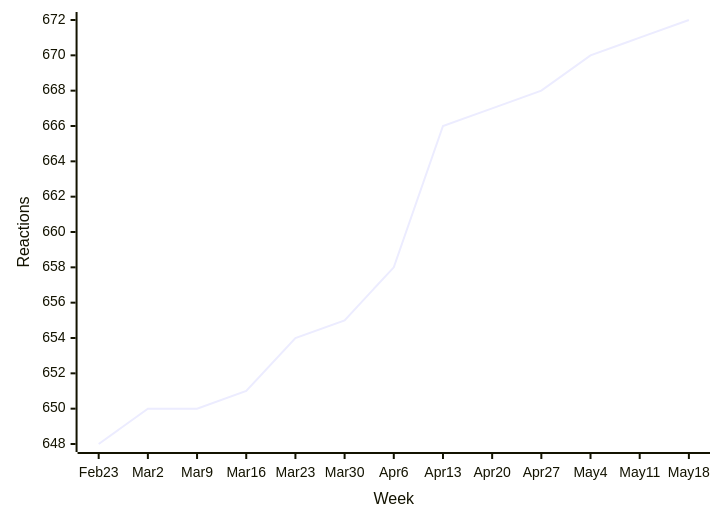
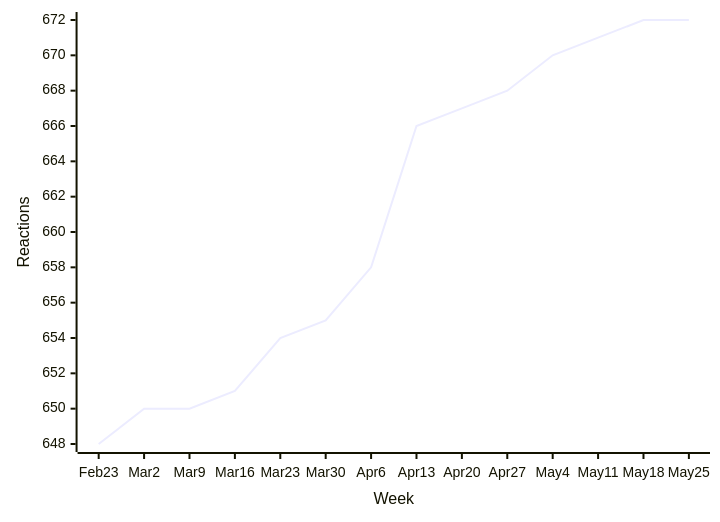
The fourth of 49 diagrams in README.md (loic-sharma/github-insights), drawn with Mermaid before and after one commit. The commit also changed other lines of this file and 3 other files, not shown here.

````diff
--- a/README.md
+++ b/README.md
@@ -390,6 +390,6 @@
   ```mermaid
   xychart-beta
-    x-axis "Week" [Feb 23, Mar 2, Mar 9, Mar 16, Mar 23, Mar 30, Apr 6, Apr 13, Apr 20, Apr 27, May 4, May 11, May 18]
+    x-axis "Week" [Feb 23, Mar 2, Mar 9, Mar 16, Mar 23, Mar 30, Apr 6, Apr 13, Apr 20, Apr 27, May 4, May 11, May 18, May 25]
     y-axis "Reactions"
-    line [648, 650, 650, 651, 654, 655, 658, 666, 667, 668, 670, 671, 672]
+    line [648, 650, 650, 651, 654, 655, 658, 666, 667, 668, 670, 671, 672, 672]
   ```
````
